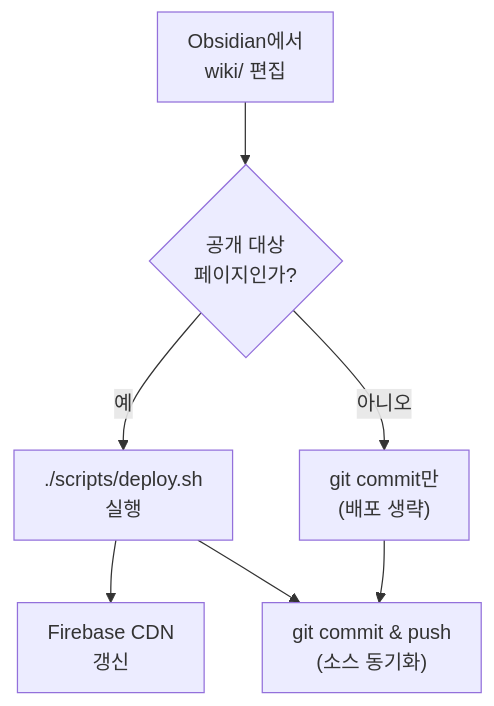
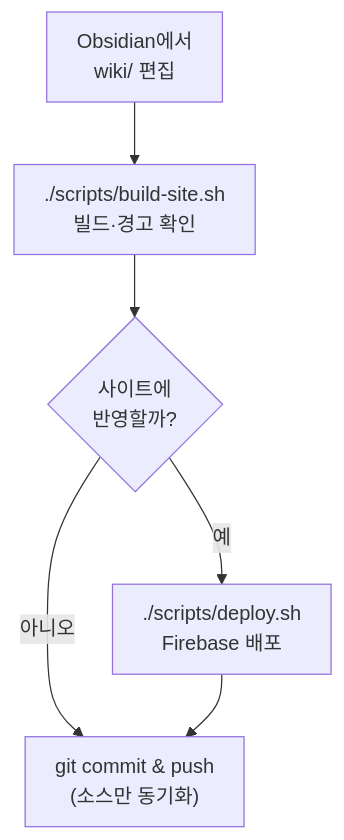
Before and after one commit to goodjwon/my-wiki: the diagram in wiki/guide-deploy-mkdocs-firebase.md, drawn with Mermaid. The commit also changed other lines of this file and 103 other files, not shown here.

````diff
--- a/wiki/guide-deploy-mkdocs-firebase.md
+++ b/wiki/guide-deploy-mkdocs-firebase.md
@@ -446,10 +674,9 @@
 ```mermaid
 %%{init: {'themeVariables': {'fontSize': '16px'}, 'flowchart': {'nodeSpacing': 40, 'rankSpacing': 50, 'padding': 12}}}%%
 flowchart TD
-  A["Obsidian에서<br/>wiki/ 편집"] --> B{"공개 대상<br/>페이지인가?"}
-  B -->|예| C["./scripts/deploy.sh<br/>실행"]
-  B -->|아니오| D["git commit만<br/>(배포 생략)"]
-  C --> E["Firebase CDN<br/>갱신"]
-  C --> F["git commit & push<br/>(소스 동기화)"]
-  D --> F
+  A["Obsidian에서<br/>wiki/ 편집"] --> B["./scripts/build-site.sh<br/>빌드·경고 확인"]
+  B --> C{"사이트에<br/>반영할까?"}
+  C -->|예| D["./scripts/deploy.sh<br/>Firebase 배포"]
+  C -->|아니오| E["git commit & push<br/>(소스만 동기화)"]
+  D --> E
 ```
````
